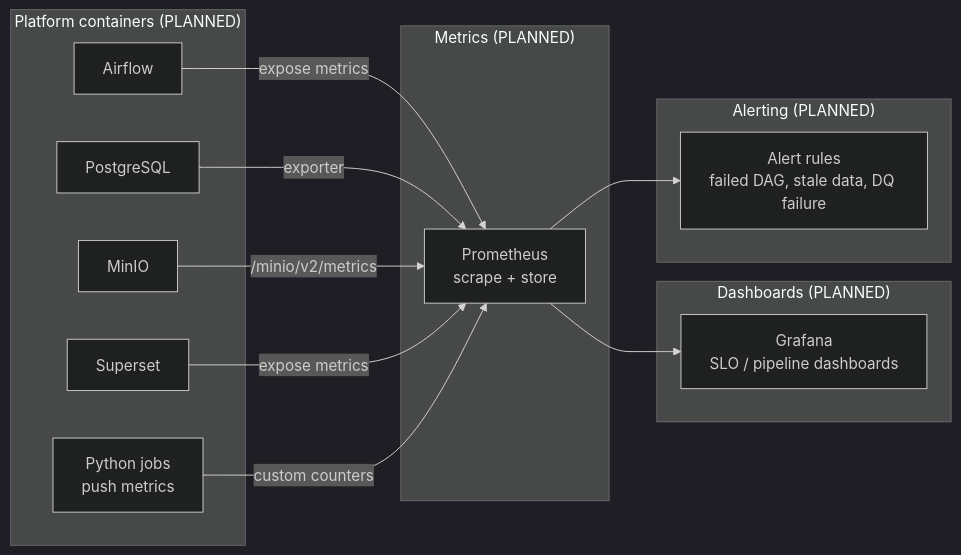
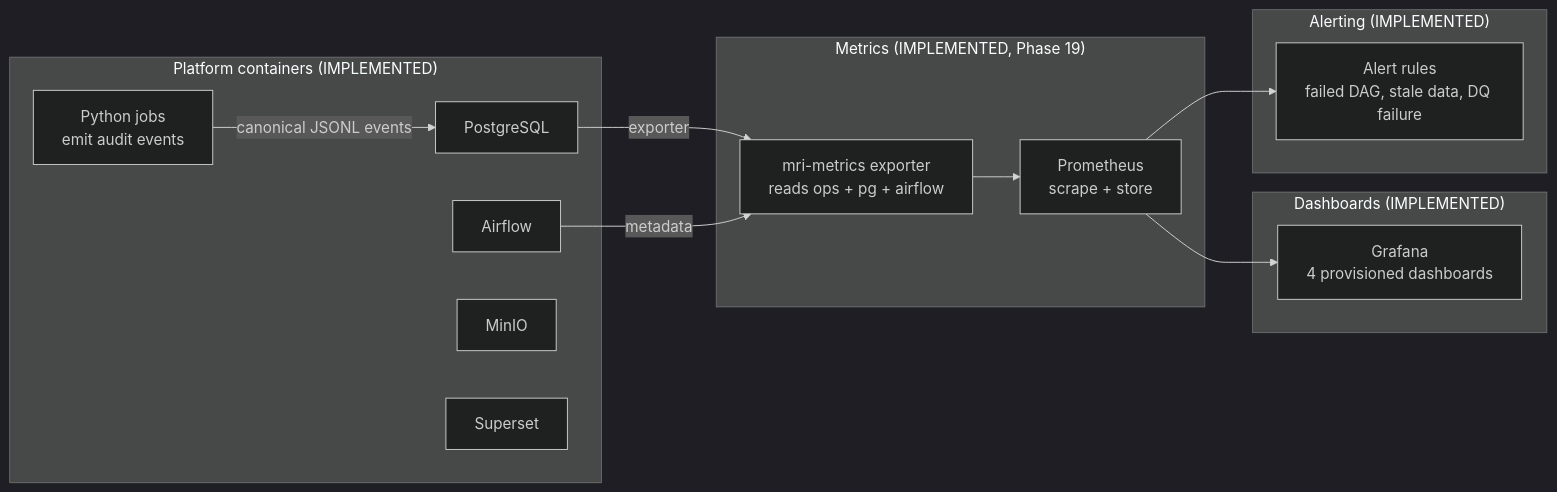
Before and after one commit to youssefelbajoury/morocco-retail-intelligence-data-platform: the diagram in docs/architecture/observability.md, drawn with Mermaid (dark theme). The commit also changed other lines of this file and 286 other files, not shown here.

````diff
--- a/docs/architecture/observability.md
+++ b/docs/architecture/observability.md
@@ -21,30 +34,30 @@
 ```mermaid
 flowchart LR
-    subgraph Platform["Platform containers (PLANNED)"]
+    subgraph Platform["Platform containers (IMPLEMENTED)"]
         A["Airflow"]
         P["PostgreSQL"]
         M["MinIO"]
         S["Superset"]
-        PY["Python jobs<br/>push metrics"]
+        PY["Python jobs<br/>emit audit events"]
     end
 
-    subgraph Metrics["Metrics (PLANNED)"]
+    subgraph Metrics["Metrics (IMPLEMENTED, Phase 19)"]
+        EXP["mri-metrics exporter<br/>reads ops + pg + airflow"]
         PROM["Prometheus<br/>scrape + store"]
     end
 
-    subgraph Dash["Dashboards (PLANNED)"]
-        GRAF["Grafana<br/>SLO / pipeline dashboards"]
+    subgraph Dash["Dashboards (IMPLEMENTED)"]
+        GRAF["Grafana<br/>4 provisioned dashboards"]
     end
 
-    subgraph Alerts["Alerting (PLANNED)"]
+    subgraph Alerts["Alerting (IMPLEMENTED)"]
         ALERT["Alert rules<br/>failed DAG, stale data, DQ failure"]
     end
 
-    A -->|expose metrics| PROM
-    P -->|exporter| PROM
-    M -->|/minio/v2/metrics| PROM
-    S -->|expose metrics| PROM
-    PY -->|custom counters| PROM
+    PY -->|canonical JSONL events| P
+    P -->|exporter| EXP
+    A -->|metadata| EXP
+    EXP --> PROM
     PROM --> GRAF
     PROM --> ALERT
 ```
````
